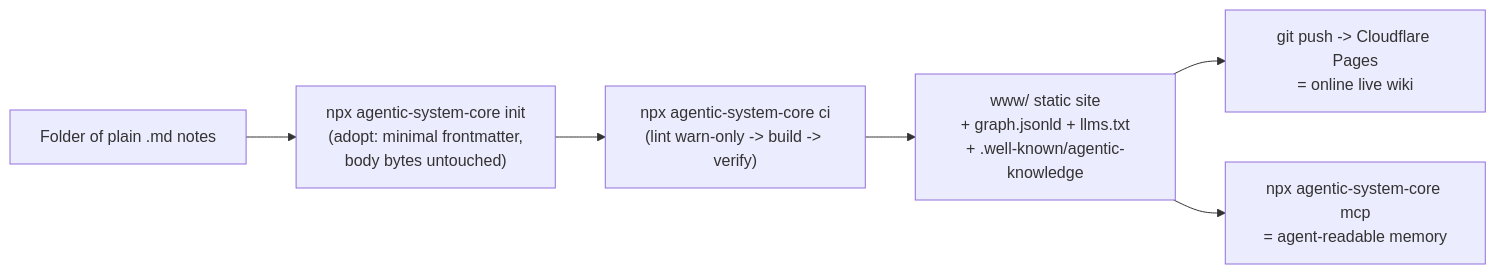
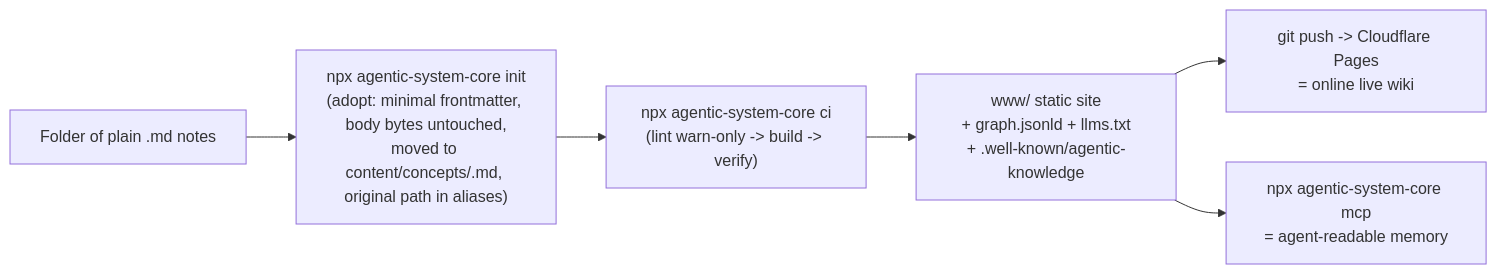
The fifth of 5 diagrams in docs/diagrams/user-flows.md (andreibesleaga/agentic-system-core), drawn with Mermaid before and after one commit. The commit also changed other lines of this file and 41 other files, not shown here.

````diff
--- a/docs/diagrams/user-flows.md
+++ b/docs/diagrams/user-flows.md
@@ -84,8 +81,8 @@
 ```mermaid
 flowchart LR
-  A["Folder of plain .md notes"] --> B["npx agentic-system-core init\n(adopt: minimal frontmatter,\nbody bytes untouched)"]
+  A["Folder of plain .md notes"] --> B["npx agentic-system-core init\n(adopt: minimal frontmatter, body bytes untouched,\nmoved to content/concepts/<slug>.md, original path in aliases)"]
   B --> C["npx agentic-system-core ci\n(lint warn-only -> build -> verify)"]
   C --> D["www/ static site\n+ graph.jsonld + llms.txt\n+ .well-known/agentic-knowledge"]
   D --> E["git push -> Cloudflare Pages\n= online live wiki"]
   D --> F["npx agentic-system-core mcp\n= agent-readable memory"]
 ```
````
